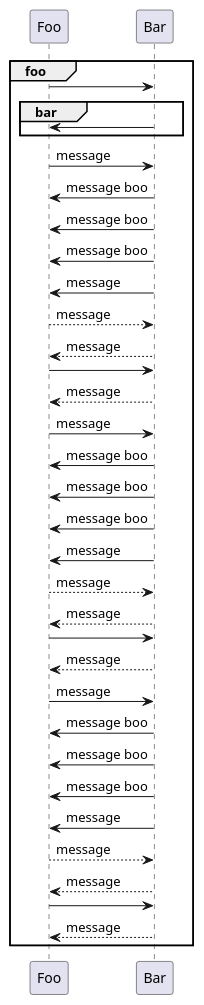
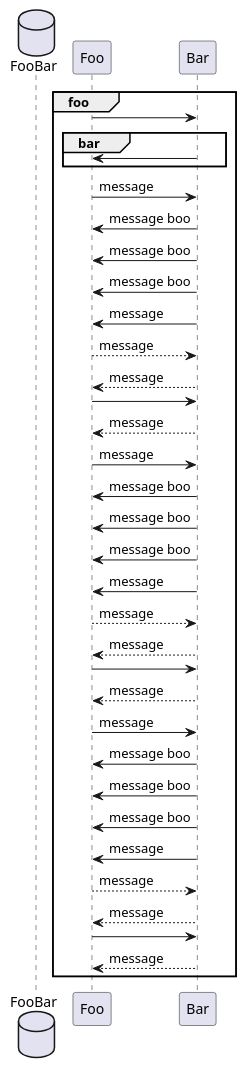
The diagram in test_groups.puml (zhvrnkov/plantuml-parser), drawn with PlantUML before and after one commit. The commit also changed 3 other files, not shown here.

```diff
--- a/test_groups.puml
+++ b/test_groups.puml
@@ -1,49 +1,53 @@
 group foo
+
+database FooBar
+
 Foo -> Bar
 
 group bar
+  actor Bar
 Bar -> Foo
 end
 
 Foo -> Bar : message
 Bar->Foo:message boo
 Bar->Foo: message boo
 Bar->Foo:message boo
 Foo <- Bar : message
 Foo --> Bar : message
 Foo <-- Bar : message
 Foo->Bar
 Foo <-- Bar : message
 
 Foo -> Bar : message
 Bar->Foo:message boo
 Bar->Foo: message boo
 Bar->Foo:message boo
 Foo <- Bar : message
 Foo --> Bar : message
 Foo <-- Bar : message
 Foo->Bar
 Foo <-- Bar : message
 
 
 Foo -> Bar : message
 
 Bar->Foo:message boo
 Bar->Foo: message boo
 Bar->Foo:message boo
 
 
 
   Foo <- Bar : message
   Foo --> Bar : message
   Foo <-- Bar : message
   
   Foo->Bar
   Foo <-- Bar : message
 
 
 
 
 
 
 end
```
